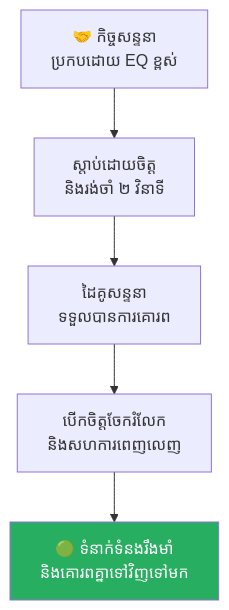
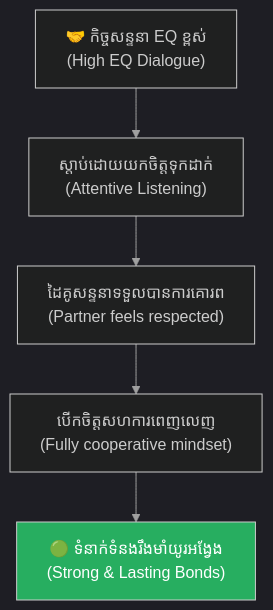
One commit to GuideStack/iblogger-feeds changed the sixth of 6 diagrams in feeds/concepts/articles/03-science-of-communication-eq-flaws.md. Above: the diagram before and after it, drawn with Mermaid. The commit also changed other lines of this file, not shown here.

````diff
--- a/feeds/concepts/articles/03-science-of-communication-eq-flaws.md
+++ b/feeds/concepts/articles/03-science-of-communication-eq-flaws.md
@@ -220,9 +369,18 @@
 ```mermaid
+%%{init: {
+  'theme': 'dark',
+  'themeVariables': {
+    'background': '#1e1e1e',
+    'primaryTextColor': '#ffffff',
+    'lineColor': '#a0a0a0'
+  },
+  'themeCSS': 'svg { background-color: #1e1e1e !important; padding: 1rem !important; border-radius: 8px !important; } .edgeLabel rect { fill: #1e1e1e !important; } text, tspan { fill: #ffffff !important; }'
+}}%%
 graph TD
-    A["🤝 កិច្ចសន្ទនា<br/>ប្រកបដោយ EQ ខ្ពស់"] --> B["ស្តាប់ដោយចិត្ត<br/>និងរង់ចាំ ២ វិនាទី"]
-    B --> C["ដៃគូសន្ទនា<br/>ទទួលបានការគោរព"]
-    C --> D["បើកចិត្តចែករំលែក<br/>និងសហការពេញលេញ"]
-    D --> E["🟢 ទំនាក់ទំនងរឹងមាំ<br/>និងគោរពគ្នាទៅវិញទៅមក"]
+    A["🤝 កិច្ចសន្ទនា EQ ខ្ពស់<br/>(High EQ Dialogue)"] --> B["ស្តាប់ដោយយកចិត្តទុកដាក់<br/>(Attentive Listening)"]
+    B --> C["ដៃគូសន្ទនាទទួលបានការគោរព<br/>(Partner feels respected)"]
+    C --> D["បើកចិត្តសហការពេញលេញ<br/>(Fully cooperative mindset)"]
+    D --> E["🟢 ទំនាក់ទំនងរឹងមាំយូរអង្វែង<br/>(Strong & Lasting Bonds)"]
 
     style E fill:#27ae60,color:#fff
 ```
````
